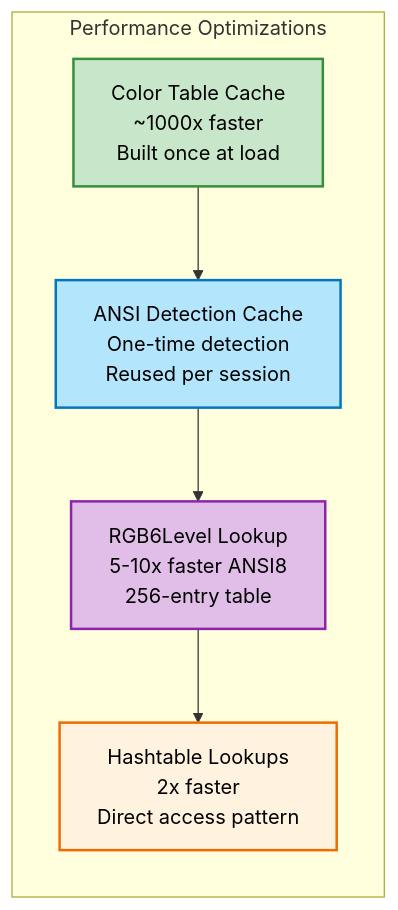
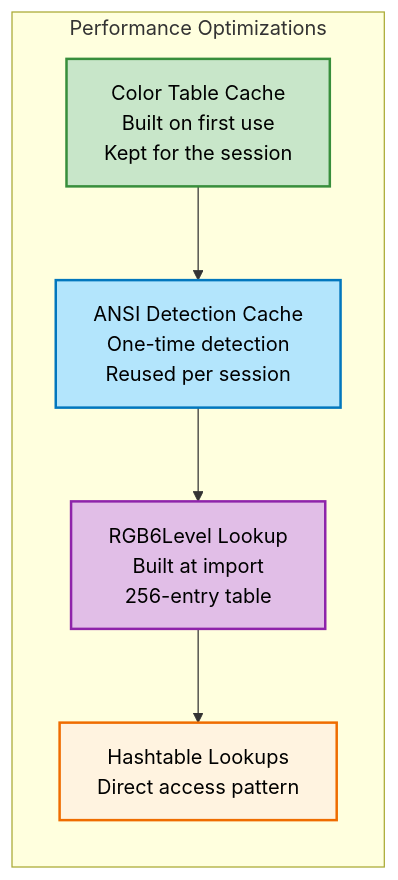
One commit to MarkusMcNugen/PSWriteColorEX changed the fifth of 5 diagrams in Docs/Public/Color-Conversions.md. Above: the diagram before and after it, drawn with Mermaid. The commit also changed other lines of this file and 10 other files, not shown here.

````diff
--- a/Docs/Public/Color-Conversions.md
+++ b/Docs/Public/Color-Conversions.md
@@ -902,13 +901,13 @@
 ```mermaid
 graph LR
     subgraph "Performance Optimizations"
-        A[Color Table Cache<br/>~1000x faster<br/>Built once at load] --> B[ANSI Detection Cache<br/>One-time detection<br/>Reused per session]
-        B --> C[RGB6Level Lookup<br/>5-10x faster ANSI8<br/>256-entry table]
-        C --> D[Hashtable Lookups<br/>2x faster<br/>Direct access pattern]
+        A[Color Table Cache<br/>Built on first use<br/>Kept for the session] --> B[ANSI Detection Cache<br/>One-time detection<br/>Reused per session]
+        B --> C[RGB6Level Lookup<br/>Built at import<br/>256-entry table]
+        C --> D[Hashtable Lookups<br/>Direct access pattern]
     end
 
     style A fill:#c8e6c9,stroke:#388e3c,stroke-width:2px,color:#000
     style B fill:#b3e5fc,stroke:#0277bd,stroke-width:2px,color:#000
     style C fill:#e1bee7,stroke:#8e24aa,stroke-width:2px,color:#000
     style D fill:#fff3e0,stroke:#ef6c00,stroke-width:2px,color:#000
 ```
````
